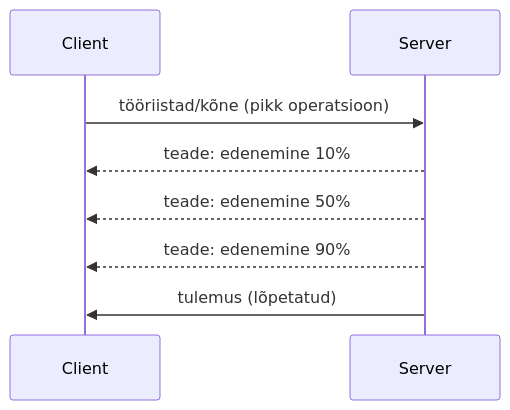
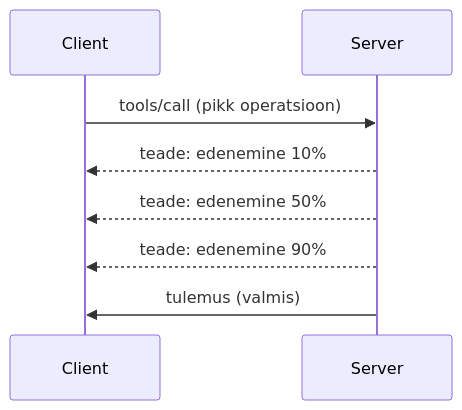
One commit to HIDORAKAI002/ai-workspace-archive changed the diagram in mcp_ecosystem__model_context_protocol/mcp_learning_resources/mcp-for-beginners/translations/et/05-AdvancedTopics/mcp-protocol-features/README.md. Above: the diagram before and after it, drawn with Mermaid. The commit also changed other lines of this file and 1046 other files, not shown here.

````diff
--- a/mcp_ecosystem__model_context_protocol/mcp_learning_resources/mcp-for-beginners/translations/et/05-AdvancedTopics/mcp-protocol-features/README.md
+++ b/mcp_ecosystem__model_context_protocol/mcp_learning_resources/mcp-for-beginners/translations/et/05-AdvancedTopics/mcp-protocol-features/README.md
@@ -22,11 +24,11 @@
 ```mermaid
 sequenceDiagram
     participant Client
     participant Server
     
-    Client->>Server: tööriistad/kõne (pikk operatsioon)
+    Client->>Server: tools/call (pikk operatsioon)
     Server-->>Client: teade: edenemine 10%
     Server-->>Client: teade: edenemine 50%
     Server-->>Client: teade: edenemine 90%
-    Server->>Client: tulemus (lõpetatud)
+    Server->>Client: tulemus (valmis)
 ```
````
